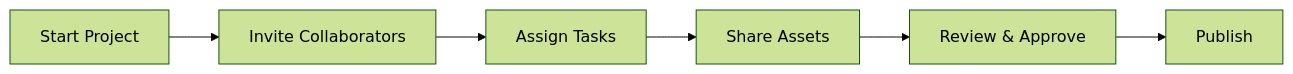
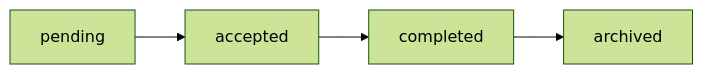
One commit to WILLINGcorp/documentationai-Docs changed the diagram in collaboration-workflow.mdx. Above: the diagram before and after it, drawn with Mermaid (forest theme). The commit also changed other lines of this file and 2 other files, not shown here.

````diff
--- a/collaboration-workflow.mdx
+++ b/collaboration-workflow.mdx
@@ -22,8 +51,6 @@
 ```mermaid
 graph LR
-  A[Start Project] --> B[Invite Collaborators]
-  B --> C[Assign Tasks]
-  C --> D[Share Assets]
-  D --> E[Review & Approve]
-  E --> F[Publish]
+  A[pending] --> B[accepted]
+  B --> C[completed]
+  C --> D[archived]
 ```
````
